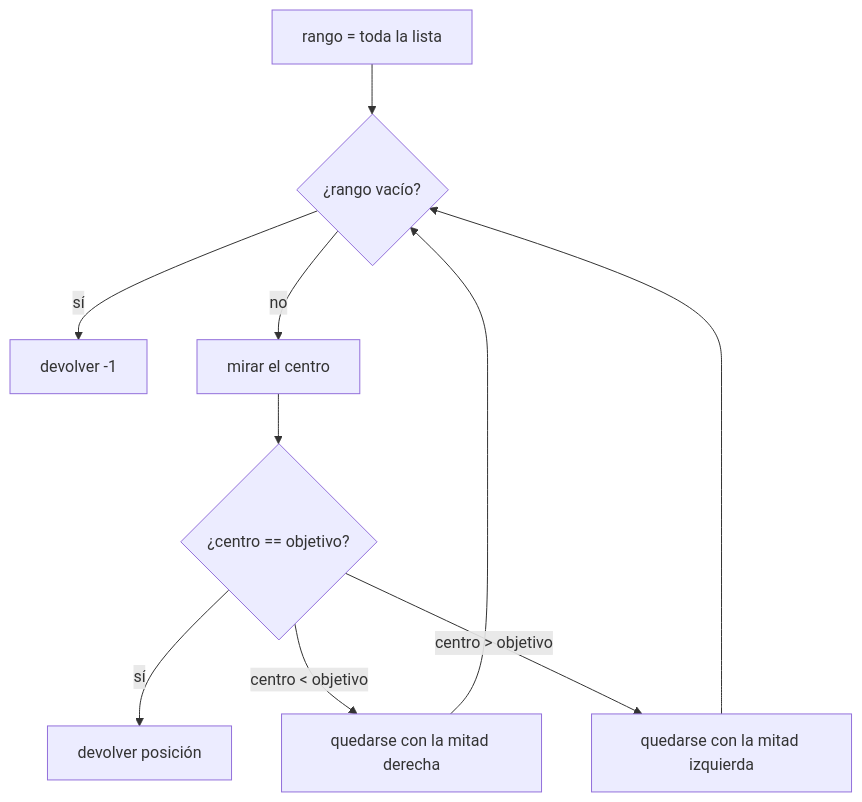
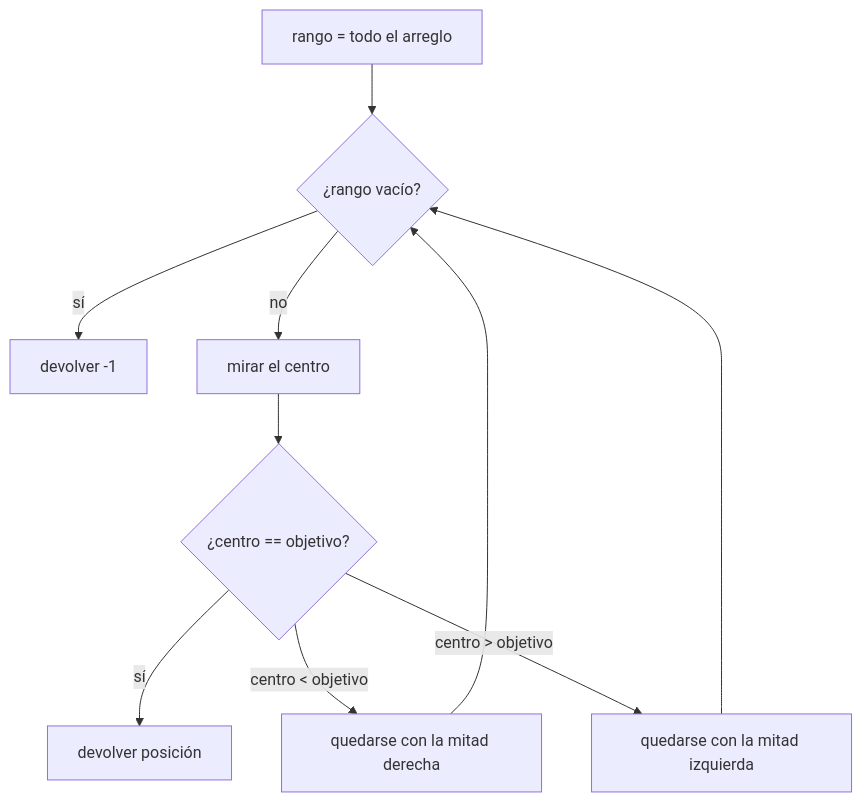
One commit to NICORUIZ93/The_Imperial_Book changed the third of 8 diagrams in web/public/content/foundations/modulo-2.md. Above: the diagram before and after it, drawn with Mermaid. The commit also changed other lines of this file and 1 other file, not shown here.

````diff
--- a/web/public/content/foundations/modulo-2.md
+++ b/web/public/content/foundations/modulo-2.md
@@ -631,12 +666,12 @@
 ```mermaid
 flowchart TD
-    START["rango = toda la lista"] --> CHECK{"¿rango vacío?"}
+    START["rango = todo el arreglo"] --> CHECK{"¿rango vacío?"}
     CHECK -->|"sí"| NO["devolver -1"]
     CHECK -->|"no"| MID["mirar el centro"]
     MID --> EQ{"¿centro == objetivo?"}
     EQ -->|"sí"| YES["devolver posición"]
     EQ -->|"centro < objetivo"| RIGHT["quedarse con la mitad derecha"]
     EQ -->|"centro > objetivo"| LEFT["quedarse con la mitad izquierda"]
     RIGHT --> CHECK
     LEFT --> CHECK
 ```
````
